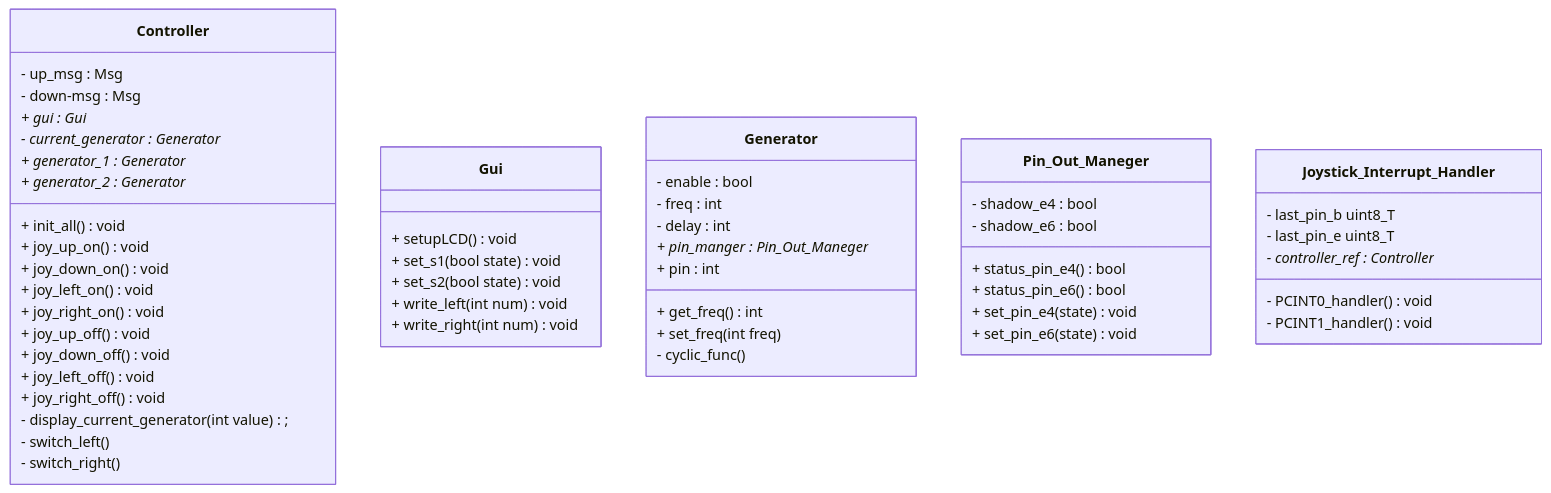
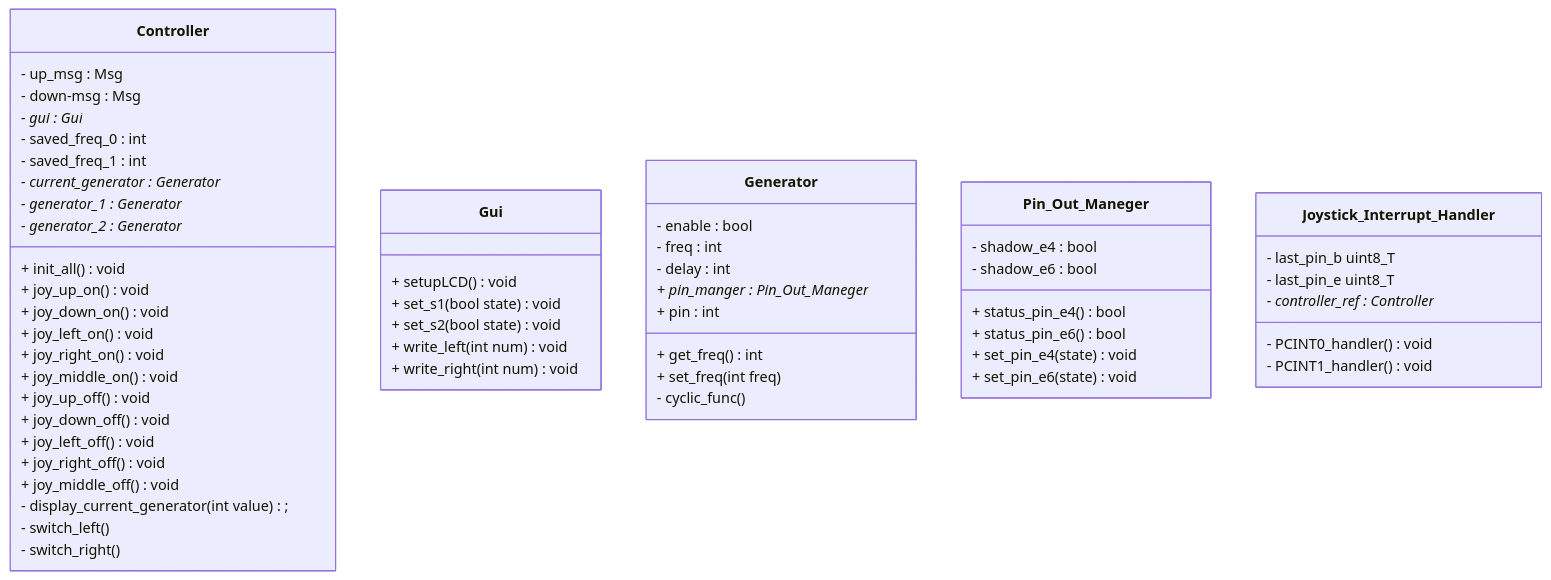
The diagram in readme.md (Spooky-Firefox/d0003e-lab-4), drawn with Mermaid before and after one commit. The commit also changed other lines of this file, not shown here.

Commit message:
updated readme to contain new joy_middle_on info

````diff
--- a/readme.md
+++ b/readme.md
@@ -27,65 +27,70 @@
 ```mermaid
 classDiagram
 
     class Controller {
         - up_msg : Msg
         - down-msg : Msg
 
-        + gui : Gui*
+        - gui : Gui*
+
+        - saved_freq_0 : int
+        - saved_freq_1 : int
 
         - current_generator : Generator*
-        + generator_1 : Generator*
-        + generator_2 : Generator*
+        - generator_1 : Generator*
+        - generator_2 : Generator*
 
         + init_all() void
 
         + joy_up_on() void
         + joy_down_on() void
         + joy_left_on() void
         + joy_right_on() void
+        + joy_middle_on() void
         + joy_up_off() void
         + joy_down_off() void
         + joy_left_off() void
         + joy_right_off() void
+        + joy_middle_off() void
         - display_current_generator(int value);
         - switch_left()
         - switch_right()
     }
     
     class Gui{
         + setupLCD() void
         + set_s1(bool state) void
         + set_s2(bool state) void
         + write_left(int num) void
         + write_right(int num) void
     }
 
     class Generator {
         - enable : bool
         - freq : int
         - delay : int
         + pin_manger : Pin_Out_Maneger*
         + pin : int
 
         + get_freq() int
         + set_freq(int freq)
         - cyclic_func()
     }
 
     class Pin_Out_Maneger {
         - shadow_e4 : bool
         - shadow_e6 : bool
         + status_pin_e4() bool
         + status_pin_e6() bool
         + set_pin_e4(state) void
         + set_pin_e6(state) void
     }
 
     class Joystick_Interrupt_Handler {
         - last_pin_b uint8_T
         - last_pin_e uint8_T
         - controller_ref : Controller*
         - PCINT0_handler() void
         - PCINT1_handler() void
     }
 ```
````
